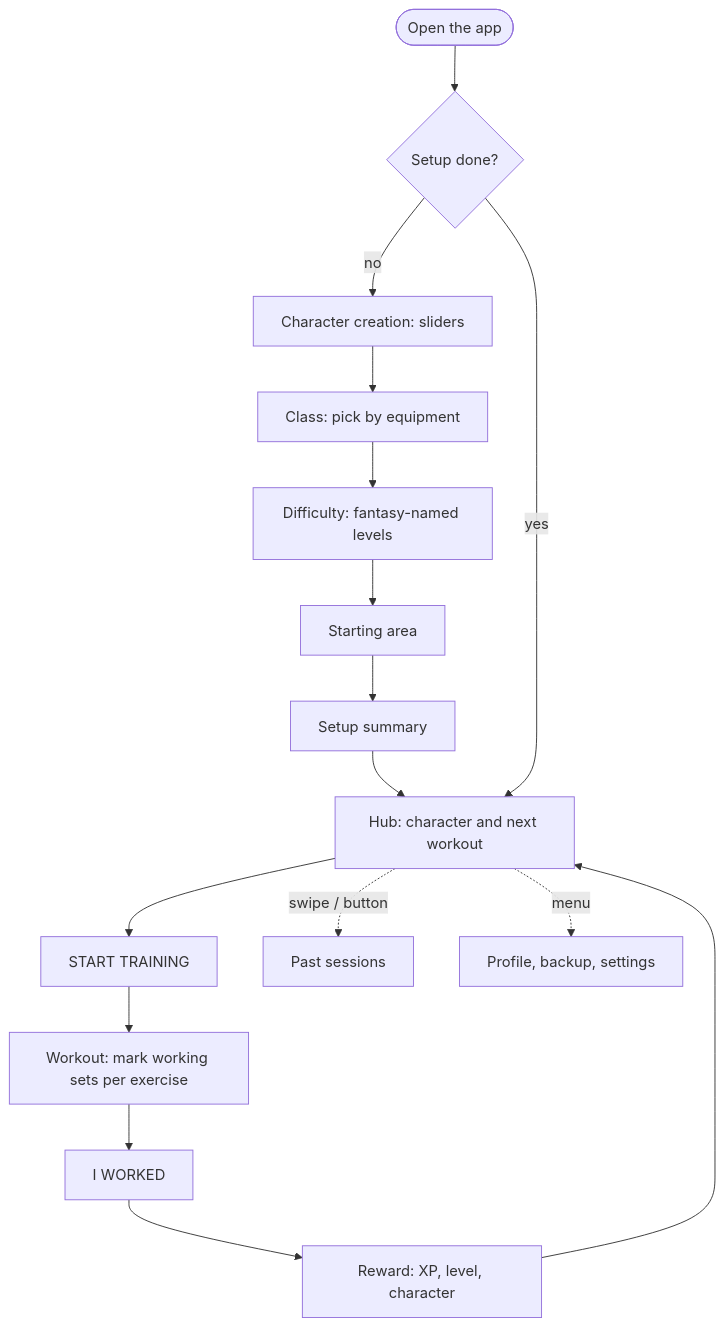
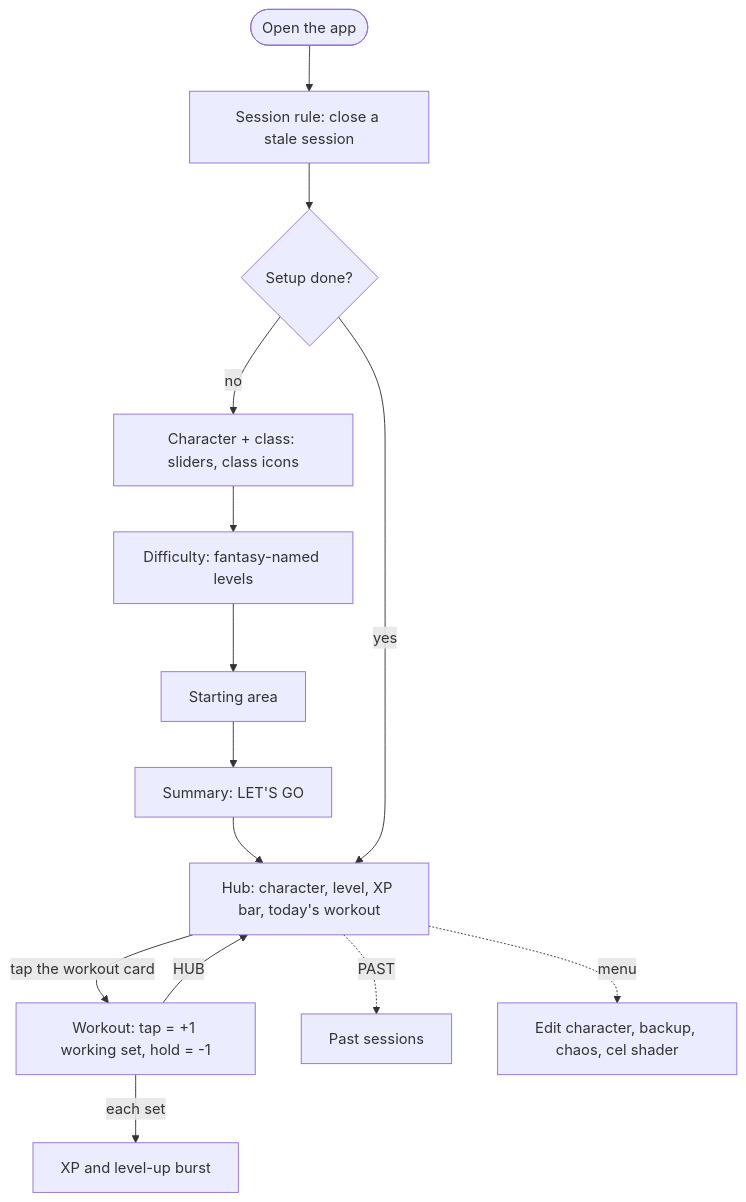
Before and after one commit to alex-antohi/pumplex: the diagram in docs/app-flow.md, drawn with Mermaid. The commit also changed other lines of this file and 35 other files, not shown here.

First line of the commit message:
Rebuild the app as a free-form game: hub, set counting, XP, character creation

````diff
--- a/docs/app-flow.md
+++ b/docs/app-flow.md
@@ -17,20 +22,18 @@
 ```mermaid
 flowchart TD
-    launch([Open the app]) --> setupDone{Setup done?}
-    setupDone -- no --> char[Character creation: sliders]
-    char --> cls[Class: pick by equipment]
-    cls --> diff[Difficulty: fantasy-named levels]
+    launch([Open the app]) --> rule[Session rule: close a stale session]
+    rule --> setupDone{Setup done?}
+    setupDone -- no --> char[Character + class: sliders, class icons]
+    char --> diff[Difficulty: fantasy-named levels]
     diff --> area[Starting area]
-    area --> summary[Setup summary]
+    area --> summary[Summary: LET'S GO]
     summary --> hub
-    setupDone -- yes --> hub[Hub: character and next workout]
+    setupDone -- yes --> hub[Hub: character, level, XP bar, today's workout]
 
-    hub --> start[START TRAINING]
-    start --> work[Workout: mark working sets per exercise]
-    work --> worked[I WORKED]
-    worked --> reward[Reward: XP, level, character]
-    reward --> hub
+    hub -- tap the workout card --> work[Workout: tap = +1 working set, hold = -1]
+    work -- each set --> xp[XP and level-up burst]
+    work -- HUB --> hub
 
-    hub -. swipe / button .-> history[Past sessions]
-    hub -. menu .-> menu[Profile, backup, settings]
+    hub -. PAST .-> history[Past sessions]
+    hub -. menu .-> menu[Edit character, backup, chaos, cel shader]
 ```
````
